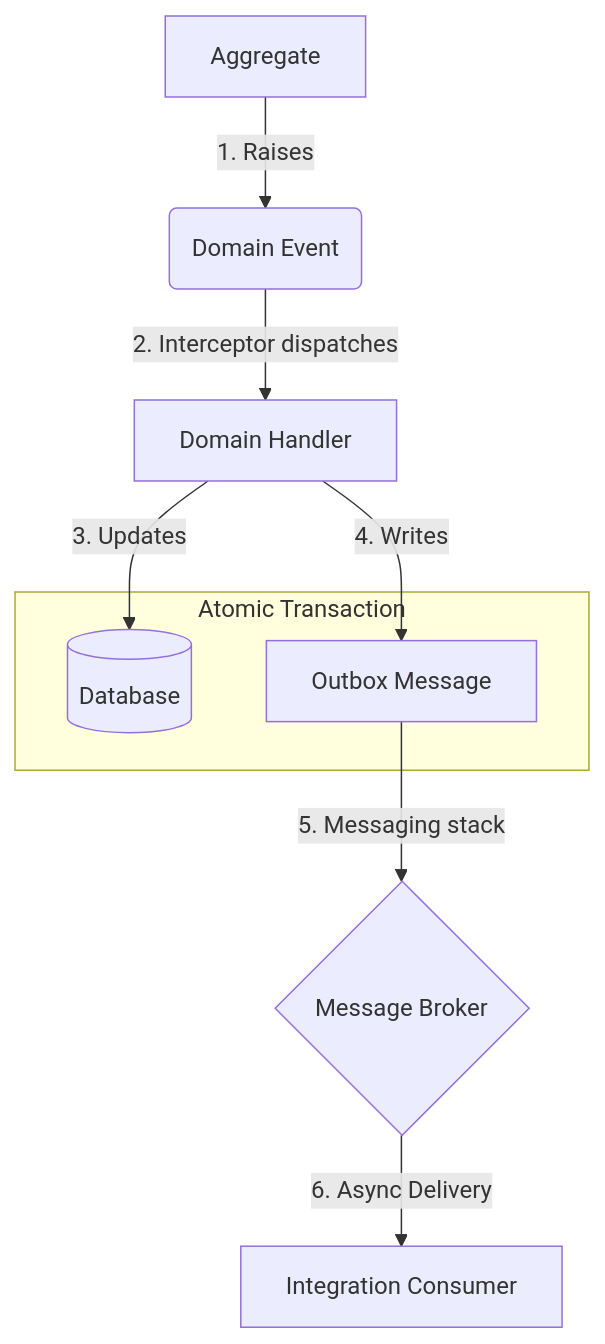
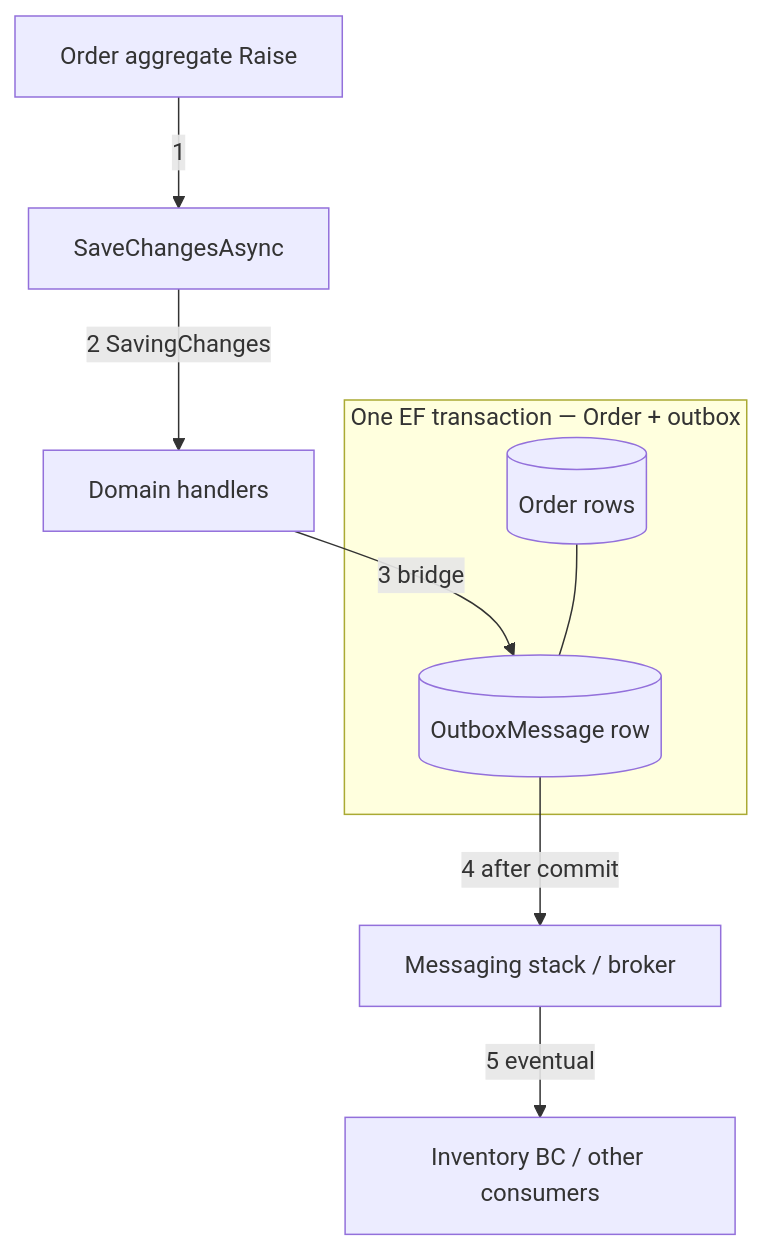
The first of 3 diagrams in content/learn/ddd/05-domain-and-integration-events/index.mdx (dev-SR/dev-sr.com), drawn with Mermaid before and after one commit. The commit also changed other lines of this file and 18 other files, not shown here.

````diff
--- a/content/learn/ddd/05-domain-and-integration-events/index.mdx
+++ b/content/learn/ddd/05-domain-and-integration-events/index.mdx
@@ -149,15 +69,13 @@
 ```mermaid
 flowchart TD
-    A[Aggregate] -->|1. Raises| B(Domain Event)
-    B -->|2. Interceptor dispatches| C[Domain Handler]
-    C -->|3. Updates| D[(Database)]
-    C -->|4. Writes| E[Outbox Message]
-    
-    subgraph Same DB Transaction [Atomic Transaction]
-    D
-    E
+    A[Order aggregate Raise] -->|1| B[SaveChangesAsync]
+    B -->|2 SavingChanges| C[Domain handlers]
+    C -->|3 bridge| E[(OutboxMessage row)]
+    subgraph Atomic["One EF transaction — Order + outbox"]
+        D[(Order rows)]
+        E
     end
-
-    E -->|5. Messaging stack| F{Message Broker}
-    F -->|6. Async Delivery| G[Integration Consumer]
+    D --- E
+    E -->|4 after commit| F[Messaging stack / broker]
+    F -->|5 eventual| G[Inventory BC / other consumers]
 ```
````
